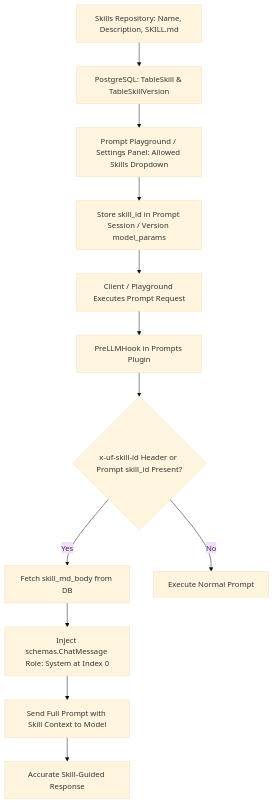
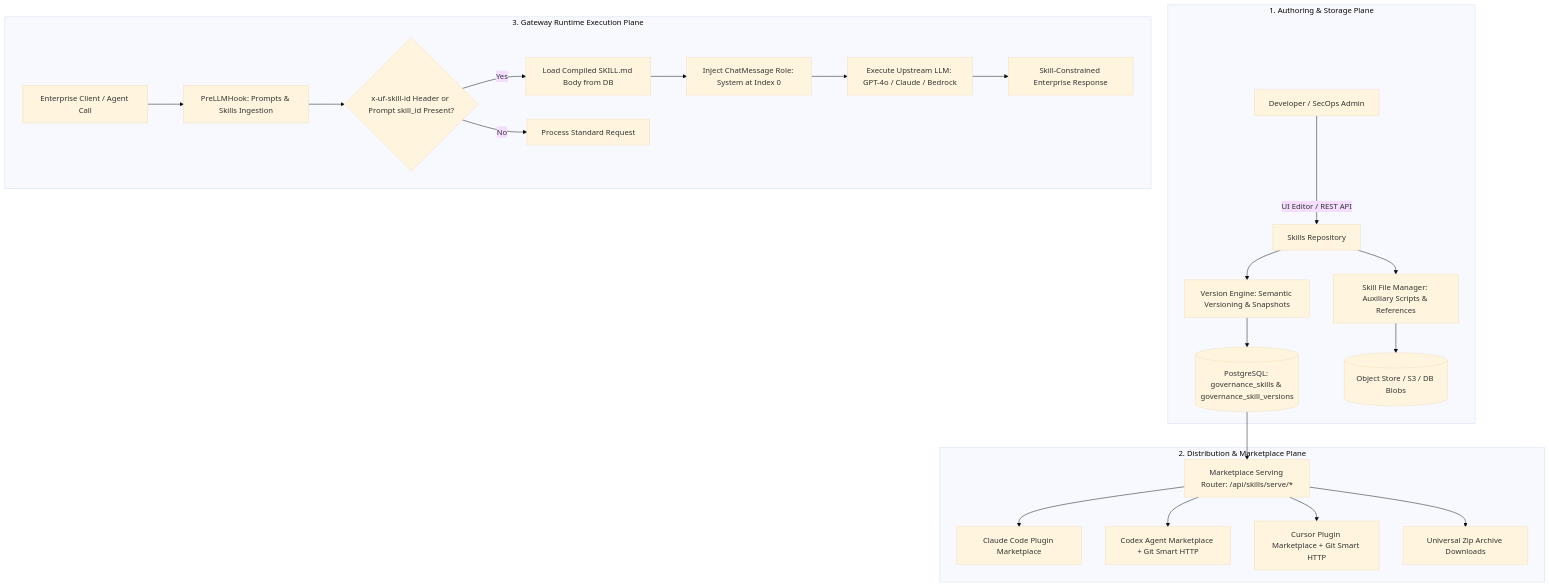
One commit to THIRUPUGAL-2003/unifai_product changed the first of 2 diagrams in md/Skills_Repository.md. Above: the diagram before and after it, drawn with Mermaid (base theme). The commit also changed other lines of this file and 253 other files, not shown here.

````diff
--- a/md/Skills_Repository.md
+++ b/md/Skills_Repository.md
@@ -13,14 +13,28 @@
 ```mermaid
 flowchart TD
-    SkillRepo[Skills Repository: Name, Description, SKILL.md] --> VersionStore[PostgreSQL: TableSkill & TableSkillVersion]
-    VersionStore --> PromptSelect[Prompt Playground / Settings Panel: Allowed Skills Dropdown]
-    PromptSelect --> SaveParam[Store skill_id in Prompt Session / Version model_params]
-    SaveParam --> GatewayCall[Client / Playground Executes Prompt Request]
-    GatewayCall --> PromptsPlugin[PreLLMHook in Prompts Plugin]
-    PromptsPlugin --> HeaderCheck{x-uf-skill-id Header or Prompt skill_id Present?}
-    HeaderCheck -->|Yes| LoadBody[Fetch skill_md_body from DB]
-    HeaderCheck -->|No| NormalExecution[Execute Normal Prompt]
-    LoadBody --> InjectSysMsg[Inject schemas.ChatMessage Role: System at Index 0]
-    InjectSysMsg --> LLMCall[Send Full Prompt with Skill Context to Model]
-    LLMCall --> LLMOutput[Accurate Skill-Guided Response]
+    subgraph Authoring["1. Authoring & Storage Plane"]
+        Author[Developer / SecOps Admin] -->|UI Editor / REST API| Repo[Skills Repository]
+        Repo --> FileMgr[Skill File Manager: Auxiliary Scripts & References]
+        Repo --> VersionCtrl[Version Engine: Semantic Versioning & Snapshots]
+        VersionCtrl --> DB[(PostgreSQL: governance_skills & governance_skill_versions)]
+        FileMgr --> Storage[(Object Store / S3 / DB Blobs)]
+    end
+
+    subgraph Distribution["2. Distribution & Marketplace Plane"]
+        DB --> MarketplaceRouter[Marketplace Serving Router: /api/skills/serve/*]
+        MarketplaceRouter --> ClaudeCode[Claude Code Plugin Marketplace]
+        MarketplaceRouter --> Codex[Codex Agent Marketplace + Git Smart HTTP]
+        MarketplaceRouter --> Cursor[Cursor Plugin Marketplace + Git Smart HTTP]
+        MarketplaceRouter --> ZipExport[Universal Zip Archive Downloads]
+    end
+
+    subgraph Runtime["3. Gateway Runtime Execution Plane"]
+        ClientReq[Enterprise Client / Agent Call] --> PreLLM[PreLLMHook: Prompts & Skills Ingestion]
+        PreLLM --> SkillResolve{x-uf-skill-id Header or Prompt skill_id Present?}
+        SkillResolve -->|Yes| LoadSkill[Load Compiled SKILL.md Body from DB]
+        SkillResolve -->|No| NormalPrompt[Process Standard Request]
+        LoadSkill --> InjectSysMsg[Inject ChatMessage Role: System at Index 0]
+        InjectSysMsg --> ModelExec[Execute Upstream LLM: GPT-4o / Claude / Bedrock]
+        ModelExec --> SafeResp[Skill-Constrained Enterprise Response]
+    end
 ```
````
